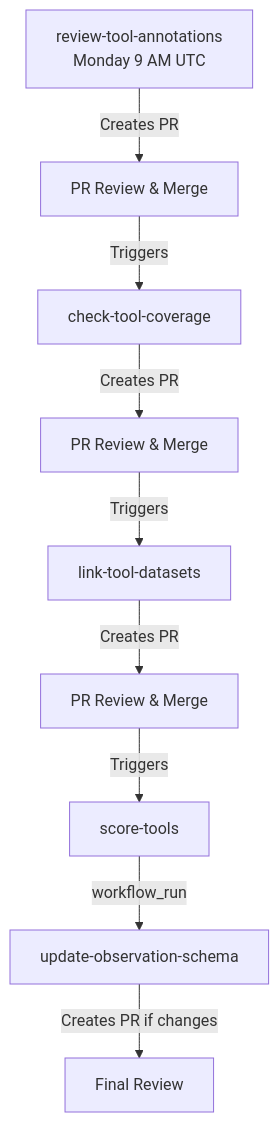
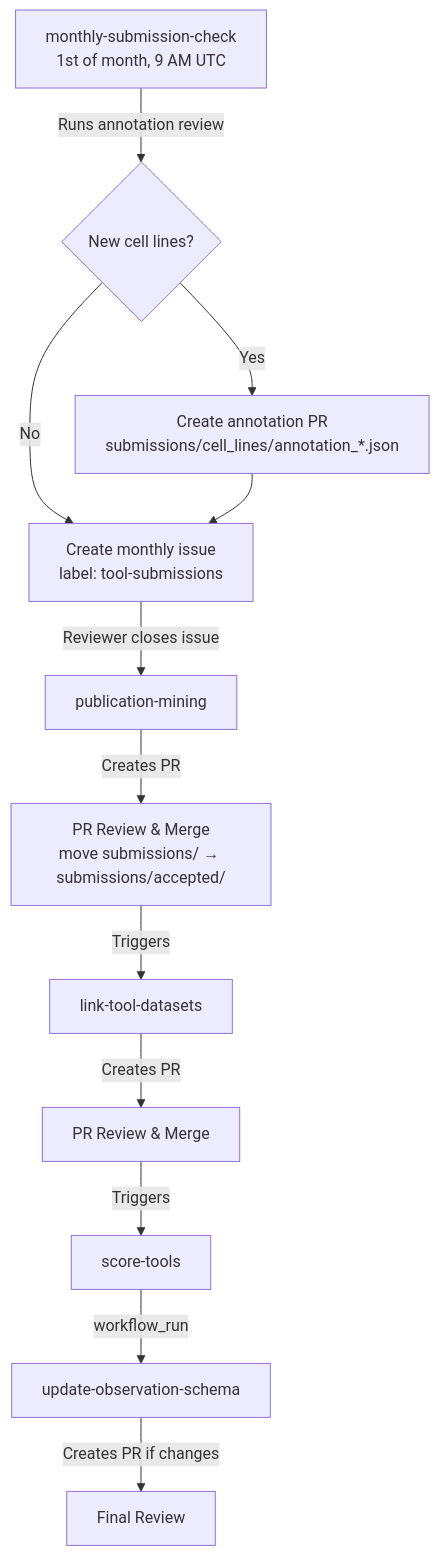
Before and after one commit to nf-osi/nf-research-tools-schema: the diagram in docs/WORKFLOW_COORDINATION.md, drawn with Mermaid. The commit also changed other lines of this file and 359 other files, not shown here.

````diff
--- a/docs/WORKFLOW_COORDINATION.md
+++ b/docs/WORKFLOW_COORDINATION.md
@@ -16,11 +14,14 @@
 ```mermaid
 graph TD
-    A[review-tool-annotations<br/>Monday 9 AM UTC] -->|Creates PR| B[PR Review & Merge]
-    B -->|Triggers| C[check-tool-coverage]
-    C -->|Creates PR| D[PR Review & Merge]
-    D -->|Triggers| E[link-tool-datasets]
-    E -->|Creates PR| F[PR Review & Merge]
-    F -->|Triggers| G[score-tools]
-    G -->|workflow_run| H[update-observation-schema]
-    H -->|Creates PR if changes| I[Final Review]
+    A[monthly-submission-check<br/>1st of month, 9 AM UTC] -->|Runs annotation review| B{New cell lines?}
+    B -->|Yes| C[Create annotation PR<br/>submissions/cell_lines/annotation_*.json]
+    B -->|No| D[Create monthly issue<br/>label: tool-submissions]
+    C --> D
+    D -->|Reviewer closes issue| E[publication-mining]
+    E -->|Creates PR| F[PR Review & Merge<br/>move submissions/ → submissions/accepted/]
+    F -->|Triggers| G[link-tool-datasets]
+    G -->|Creates PR| H[PR Review & Merge]
+    H -->|Triggers| I[score-tools]
+    I -->|workflow_run| J[update-observation-schema]
+    J -->|Creates PR if changes| K[Final Review]
 ```
````
